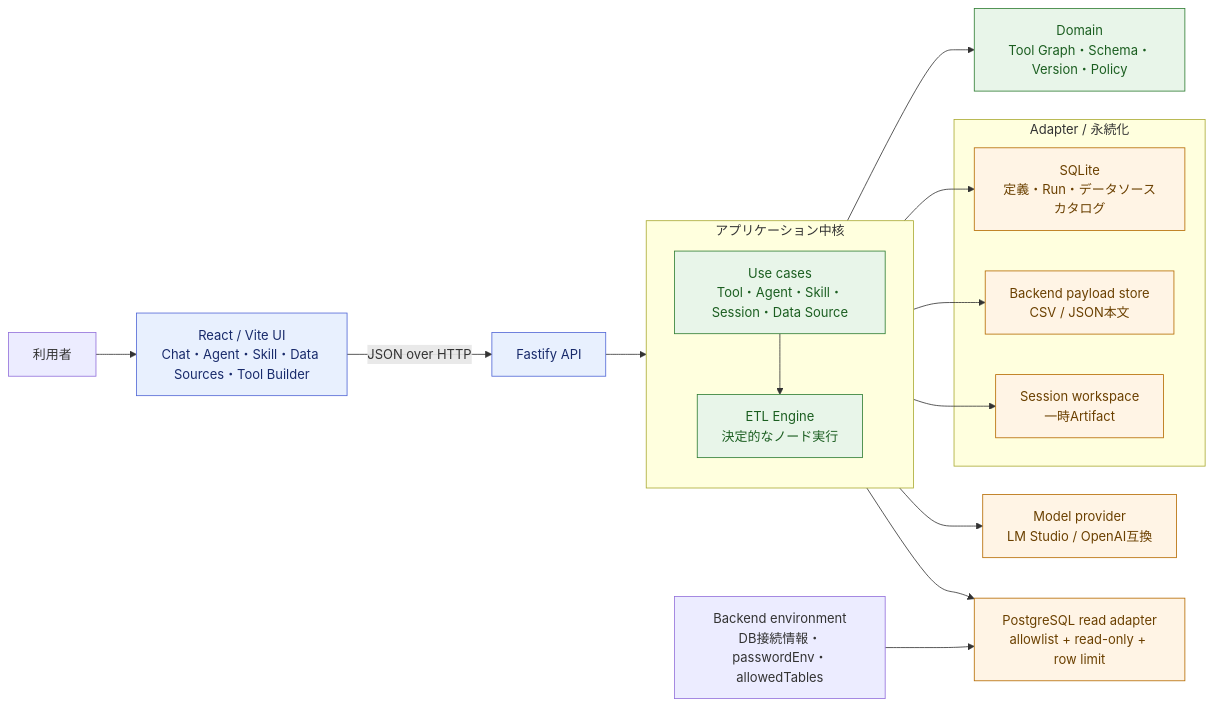
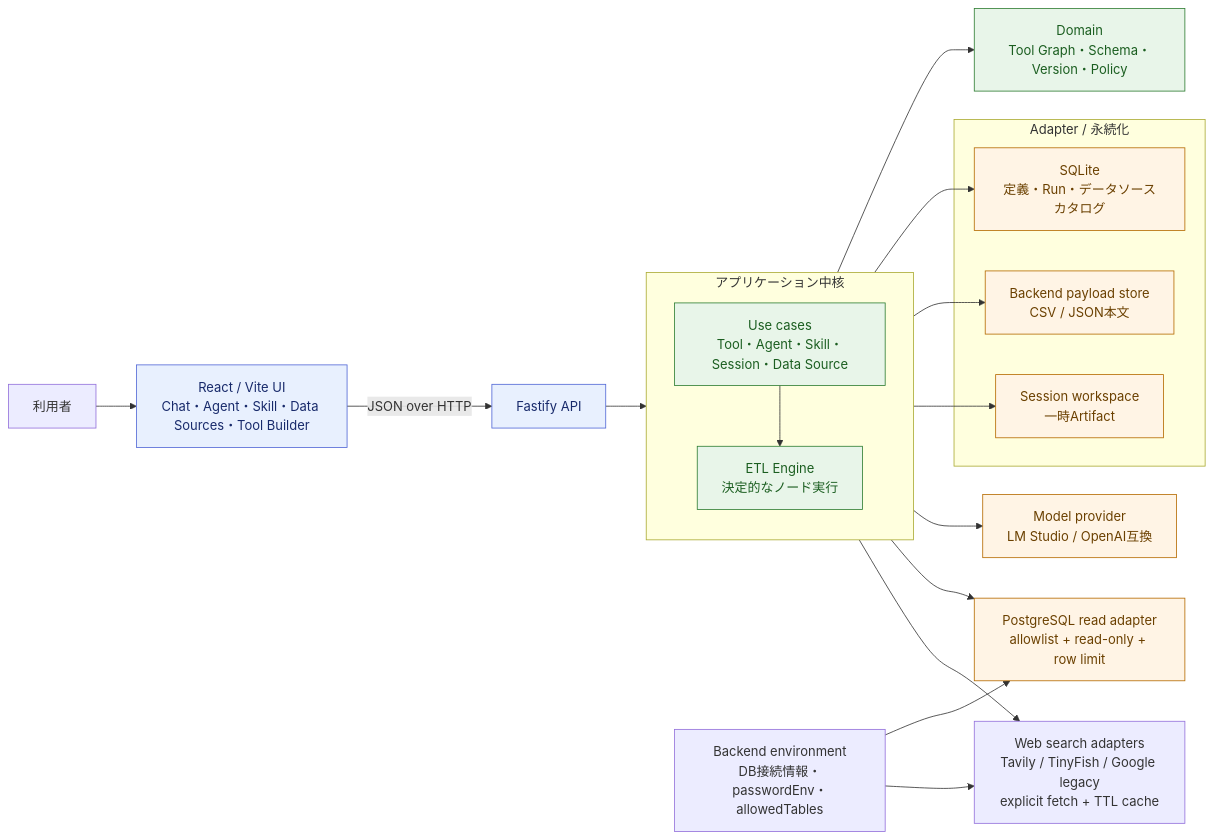
The first of 6 diagrams in docs/01-architecture.md (yy7613/agentblume), drawn with Mermaid before and after one commit. The commit also changed other lines of this file and 49 other files, not shown here.

````diff
--- a/docs/01-architecture.md
+++ b/docs/01-architecture.md
@@ -16,35 +16,37 @@
 ```mermaid
 flowchart LR
   USER["利用者"] --> UI["React / Vite UI\nChat・Agent・Skill・Data Sources・Tool Builder"]
   UI -->|"JSON over HTTP"| API["Fastify API"]
 
   subgraph Core["アプリケーション中核"]
     direction TB
     UC["Use cases\nTool・Agent・Skill・Session・Data Source"]
     ETL["ETL Engine\n決定的なノード実行"]
     UC --> ETL
   end
 
   API --> UC
   UC --> DOMAIN["Domain\nTool Graph・Schema・Version・Policy"]
 
   subgraph Adapters["Adapter / 永続化"]
     SQLITE["SQLite\n定義・Run・データソースカタログ"]
     FILES["Backend payload store\nCSV / JSON本文"]
     SESSION["Session workspace\n一時Artifact"]
   end
   UC --> SQLITE
   UC --> FILES
   UC --> SESSION
 
   UC --> MODEL["Model provider\nLM Studio / OpenAI互換"]
   UC --> DB["PostgreSQL read adapter\nallowlist + read-only + row limit"]
+  UC --> SEARCH["Web search adapters\nTavily / TinyFish / Google legacy\nexplicit fetch + TTL cache"]
   ENV["Backend environment\nDB接続情報・passwordEnv・allowedTables"] --> DB
+  ENV --> SEARCH
 
   classDef boundary fill:#e8f0fe,stroke:#5167d6,color:#182a6b;
   classDef core fill:#e8f5e9,stroke:#2e7d32,color:#1b5e20;
   classDef store fill:#fff4e5,stroke:#b56b00,color:#6b4000;
   class UI,API boundary;
   class UC,ETL,DOMAIN core;
   class SQLITE,FILES,SESSION,DB,MODEL store;
 ```
````
